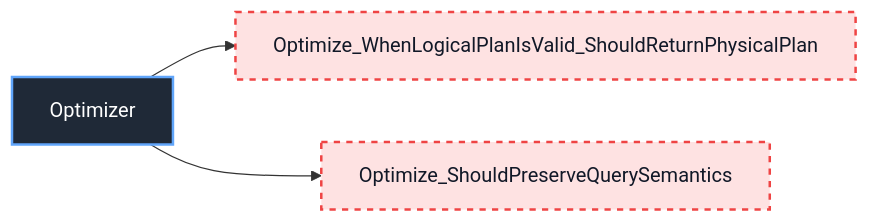
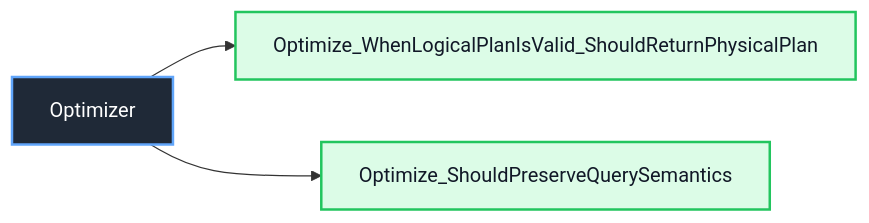
One commit to manaxpow/DBMS changed diagram 28 of 31 in docs/unit-test/README.md. Above: the diagram before and after it, drawn with Mermaid. The commit also changed other lines of this file and 9 other files, not shown here.

Commit message:
Update sequence and class diagram for query processor

````diff
--- a/docs/unit-test/README.md
+++ b/docs/unit-test/README.md
@@ -578,14 +622,14 @@
 ```mermaid
 flowchart LR
     Class_Optimizer["Optimizer"]
 
     Class_Optimizer --> OPT_001["Optimize_WhenLogicalPlanIsValid_ShouldReturnPhysicalPlan"]
     Class_Optimizer --> OPT_002["Optimize_ShouldPreserveQuerySemantics"]
 
     classDef classNode fill:#1f2937,stroke:#60a5fa,color:#ffffff,stroke-width:2px
     classDef completedTest fill:#dcfce7,stroke:#22c55e,color:#111827,stroke-width:2px
     classDef missingTest fill:#fee2e2,stroke:#ef4444,color:#111827,stroke-width:2px,stroke-dasharray: 5 5
 
     class Class_Optimizer classNode
-    class OPT_001,OPT_002 missingTest
+    class OPT_001,OPT_002 completedTest
 ```
````
